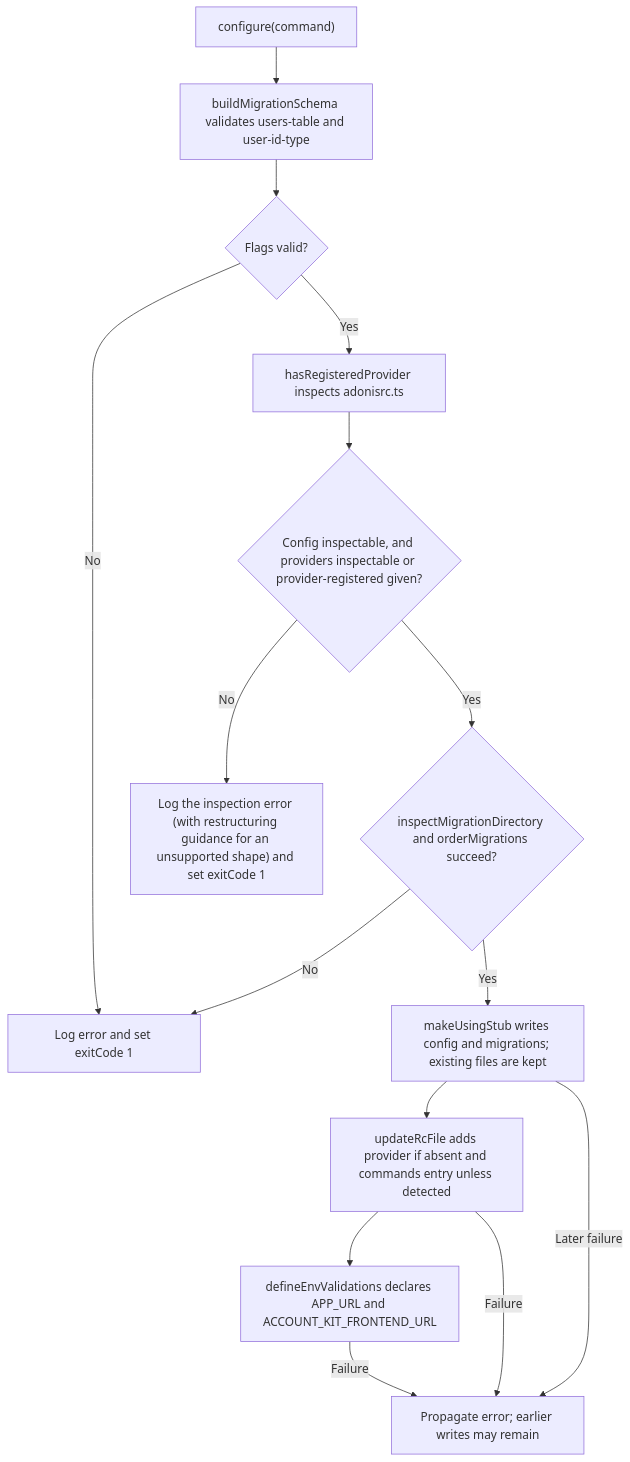
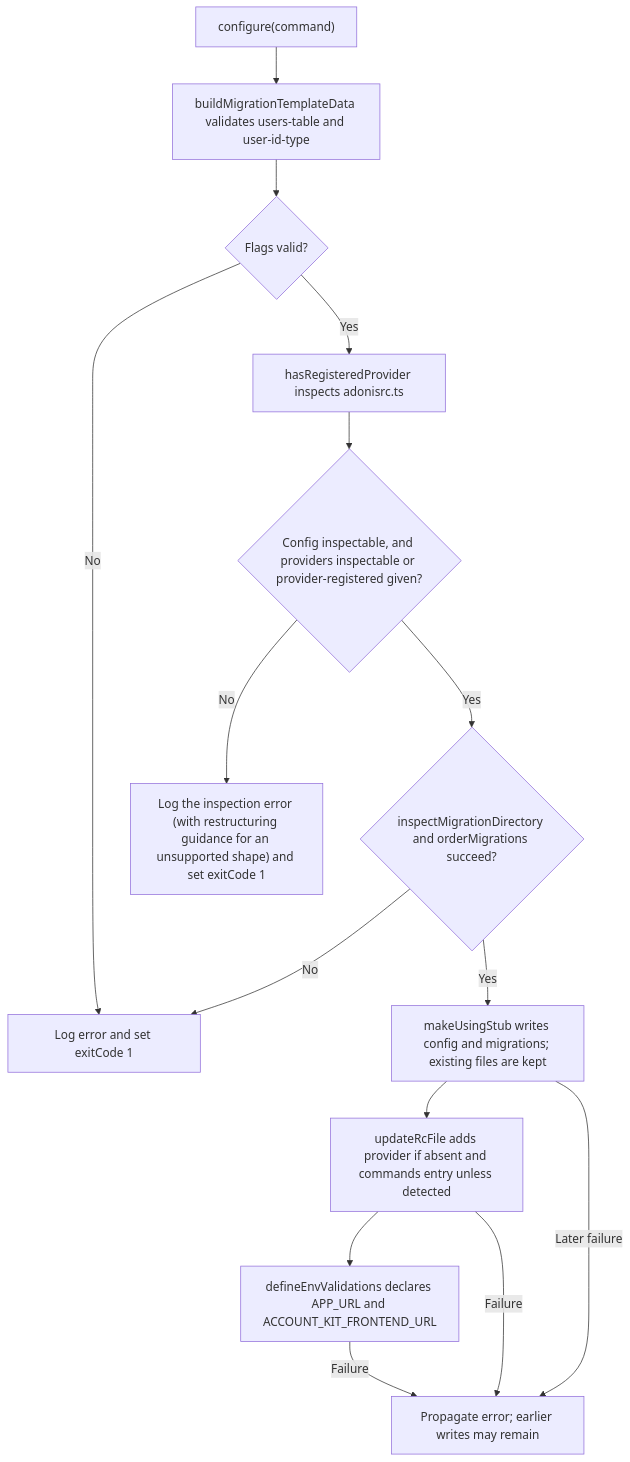
The second of 2 diagrams in user-stories/US-ACCOUNT-60-install-account-kit-package.md (Kevinjohn/oss-adonisjs-account-kit), drawn with Mermaid before and after one commit. The commit also changed other lines of this file and 33 other files, not shown here.

Commit message:
Name migration template data and align stub destinations

````diff
--- a/user-stories/US-ACCOUNT-60-install-account-kit-package.md
+++ b/user-stories/US-ACCOUNT-60-install-account-kit-package.md
@@ -49,17 +49,17 @@
 ```mermaid
 flowchart TD
-    A["configure(command)"] --> B["buildMigrationSchema validates users-table and user-id-type"]
+    A["configure(command)"] --> B["buildMigrationTemplateData validates users-table and user-id-type"]
     B --> C{"Flags valid?"}
     C -->|No| D["Log error and set exitCode 1"]
     C -->|Yes| E["hasRegisteredProvider inspects adonisrc.ts"]
     E --> F{"Config inspectable, and providers inspectable or provider-registered given?"}
     F -->|No| G["Log the inspection error (with restructuring guidance for an unsupported shape) and set exitCode 1"]
     F -->|Yes| M{"inspectMigrationDirectory and orderMigrations succeed?"}
     M -->|No| D
     M -->|Yes| H["makeUsingStub writes config and migrations; existing files are kept"]
     H --> I["updateRcFile adds provider if absent and commands entry unless detected"]
     I --> J["defineEnvValidations declares APP_URL and ACCOUNT_KIT_FRONTEND_URL"]
     H -->|Later failure| X["Propagate error; earlier writes may remain"]
     I -->|Failure| X
     J -->|Failure| X
 ```
````
